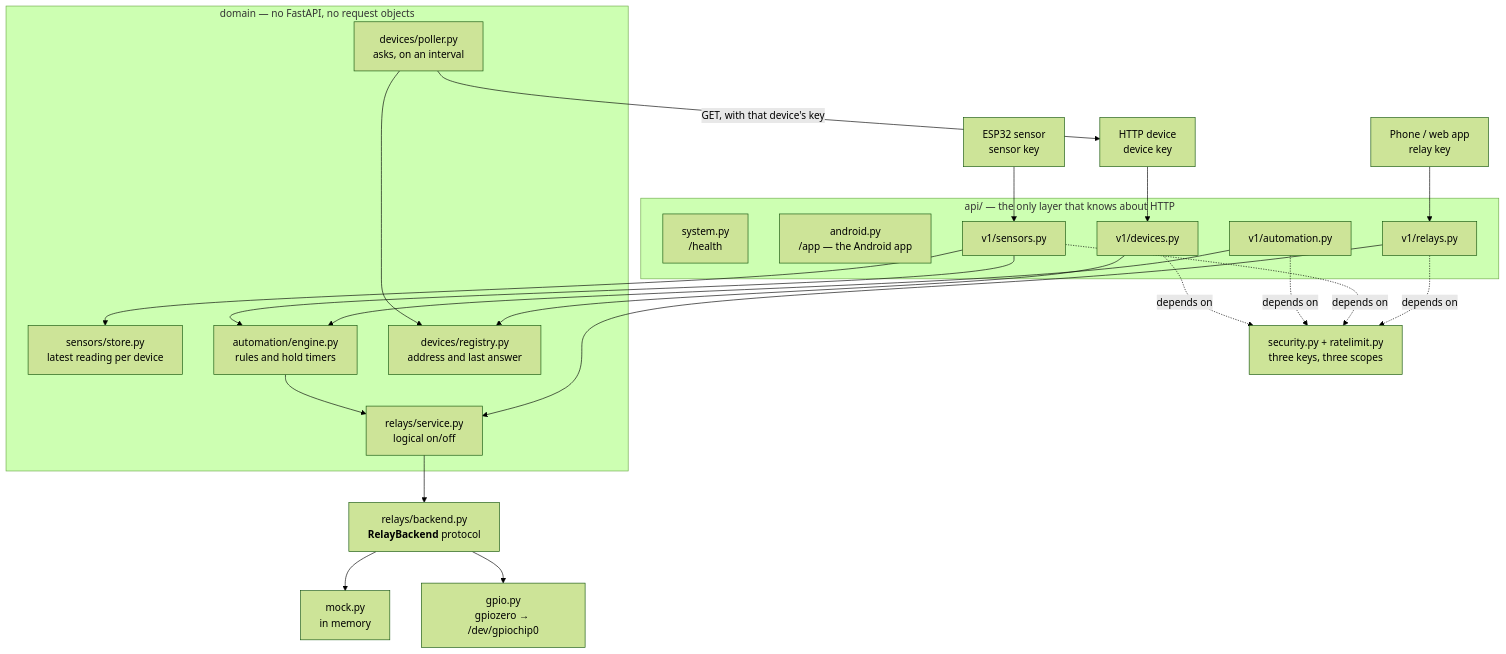
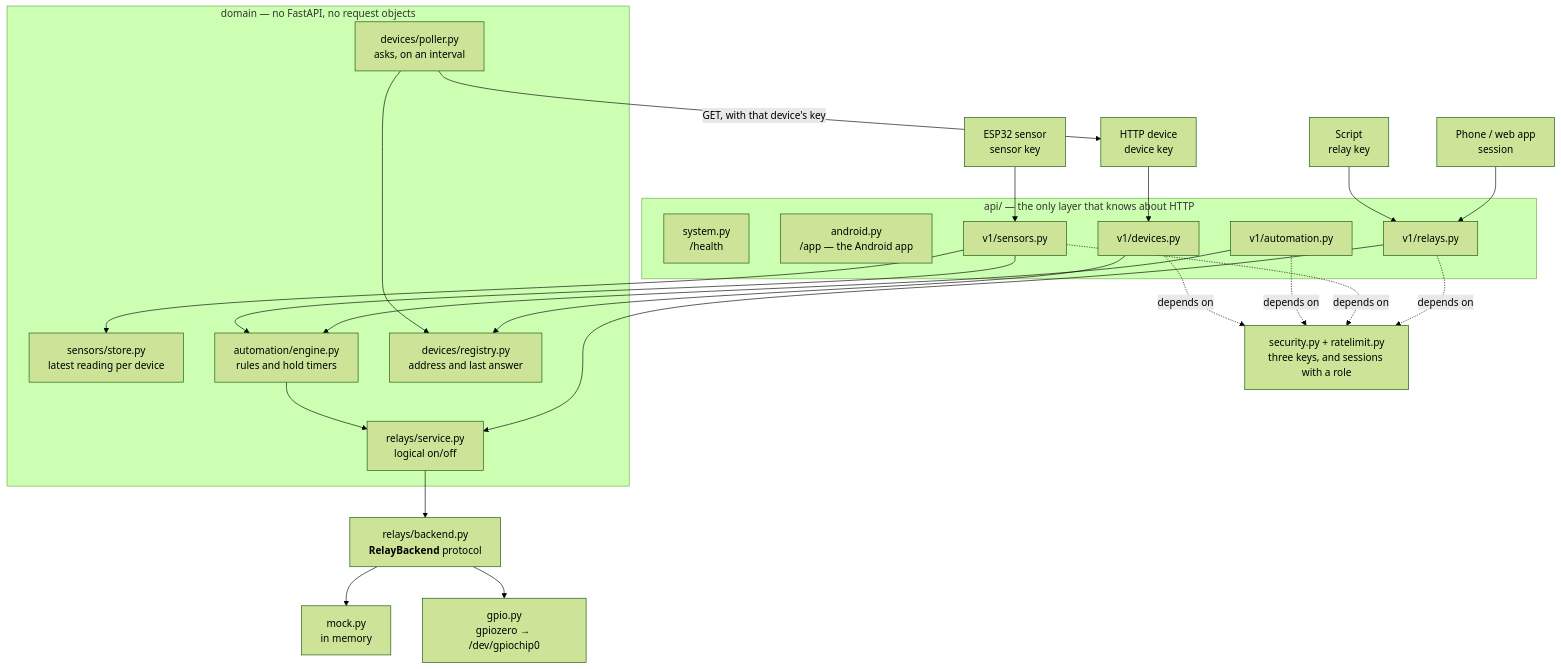
One commit to DGPRoman/pihome-hub changed the diagram in docs/architecture.md. Above: the diagram before and after it, drawn with Mermaid (forest theme). The commit also changed other lines of this file and 5 other files, not shown here.

First line of the commit message:
docs: describe the phone app as a session client

````diff
--- a/docs/architecture.md
+++ b/docs/architecture.md
@@ -9,48 +9,50 @@
 ```mermaid
 flowchart TB
-    phone["Phone / web app<br/>relay key"]
+    phone["Phone / web app<br/>session"]
+    script["Script<br/>relay key"]
     firmware["ESP32 sensor<br/>sensor key"]
     device["HTTP device<br/>device key"]
 
     subgraph http["api/ — the only layer that knows about HTTP"]
         system["system.py<br/>/health"]
         android["android.py<br/>/app — the Android app"]
         relayroutes["v1/relays.py"]
         sensorroutes["v1/sensors.py"]
         ruleroutes["v1/automation.py"]
         deviceroutes["v1/devices.py"]
     end
 
-    guard["security.py + ratelimit.py<br/>three keys, three scopes"]
+    guard["security.py + ratelimit.py<br/>three keys, and sessions with a role"]
 
     subgraph core["domain — no FastAPI, no request objects"]
         relayservice["relays/service.py<br/>logical on/off"]
         store["sensors/store.py<br/>latest reading per device"]
         engine["automation/engine.py<br/>rules and hold timers"]
         registry["devices/registry.py<br/>address and last answer"]
         poller["devices/poller.py<br/>asks, on an interval"]
     end
 
     seam["relays/backend.py<br/><b>RelayBackend</b> protocol"]
     mock["mock.py<br/>in memory"]
     real["gpio.py<br/>gpiozero → /dev/gpiochip0"]
 
     phone --> relayroutes
+    script --> relayroutes
     firmware --> sensorroutes
     device --> deviceroutes
     relayroutes -.->|depends on| guard
     sensorroutes -.->|depends on| guard
     ruleroutes -.->|depends on| guard
     deviceroutes -.->|depends on| guard
     relayroutes --> relayservice
     ruleroutes --> engine
     sensorroutes --> store
     sensorroutes --> engine
     deviceroutes --> registry
     poller --> registry
     poller -->|GET, with that device's key| device
     engine --> relayservice
     relayservice --> seam
     seam --> mock
     seam --> real
 ```
````
